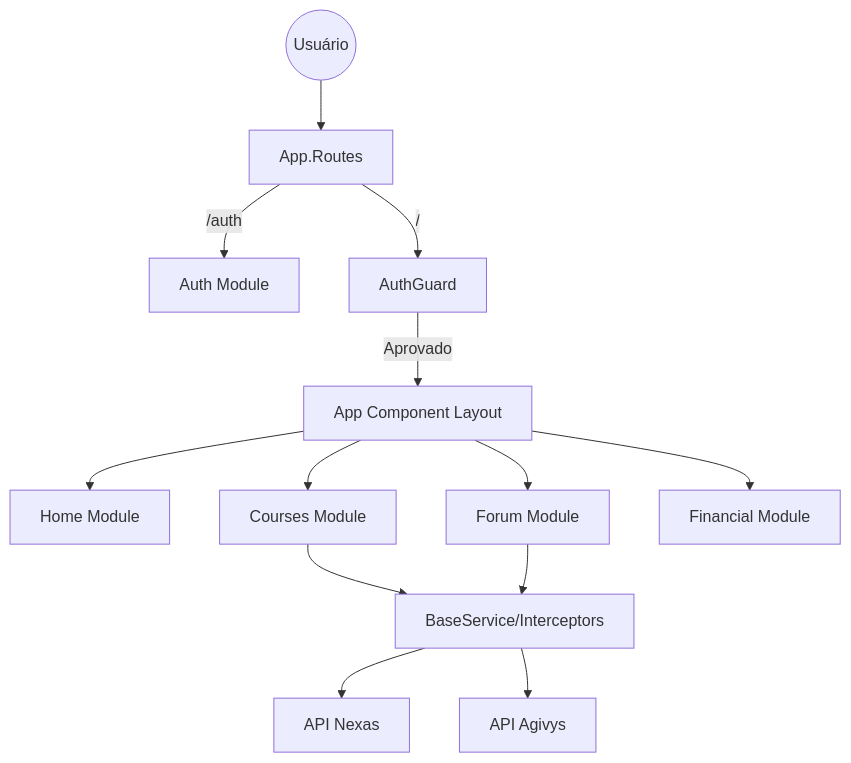
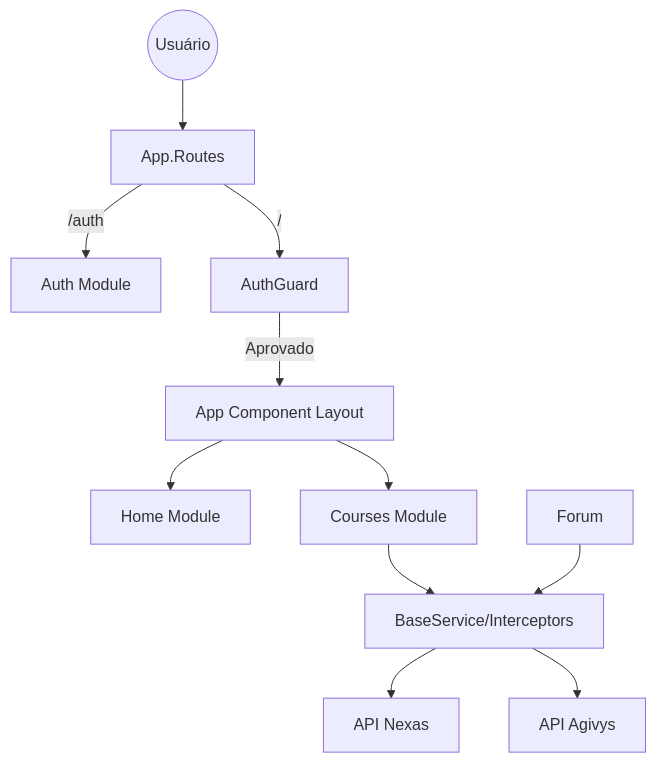
One commit to joe-blanca-git/nexas changed the first of 2 diagrams in frontend/portal-pop/README.md. Above: the diagram before and after it, drawn with Mermaid. The commit also changed other lines of this file and 386 other files, not shown here.

````diff
--- a/frontend/portal-pop/README.md
+++ b/frontend/portal-pop/README.md
@@ -51,17 +47,15 @@
 ```mermaid
 graph TD
   User((Usuário)) --> AppRoute[App.Routes]
   AppRoute -- "/auth" --> AuthModule[Auth Module]
   AppRoute -- "/" --> CoreGuard[AuthGuard]
   CoreGuard -- Aprovado --> Layout[App Component Layout]
   Layout --> Home[Home Module]
   Layout --> Courses[Courses Module]
-  Layout --> Forum[Forum Module]
-  Layout --> Financial[Financial Module]
   
   Courses --> BaseService[BaseService/Interceptors]
   Forum --> BaseService
   
   BaseService --> API_NEXAS[API Nexas]
   BaseService --> API_AGIVYS[API Agivys]
 ```
````
